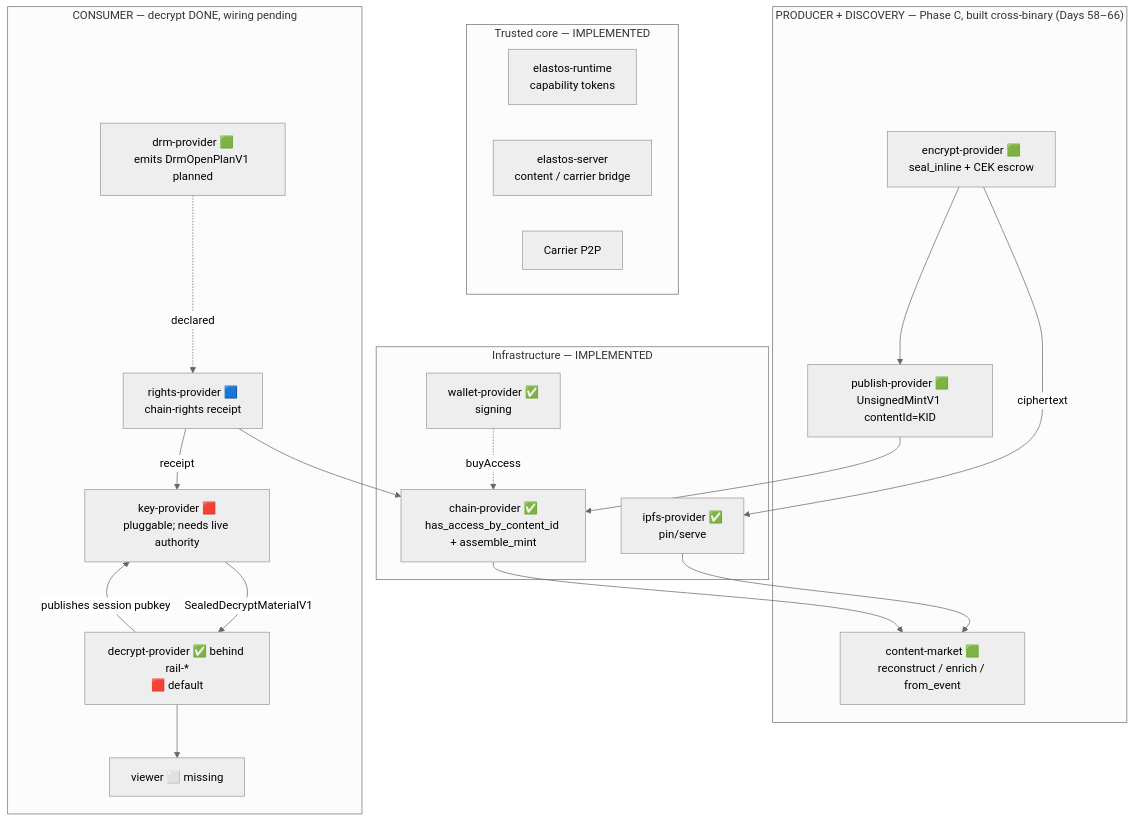
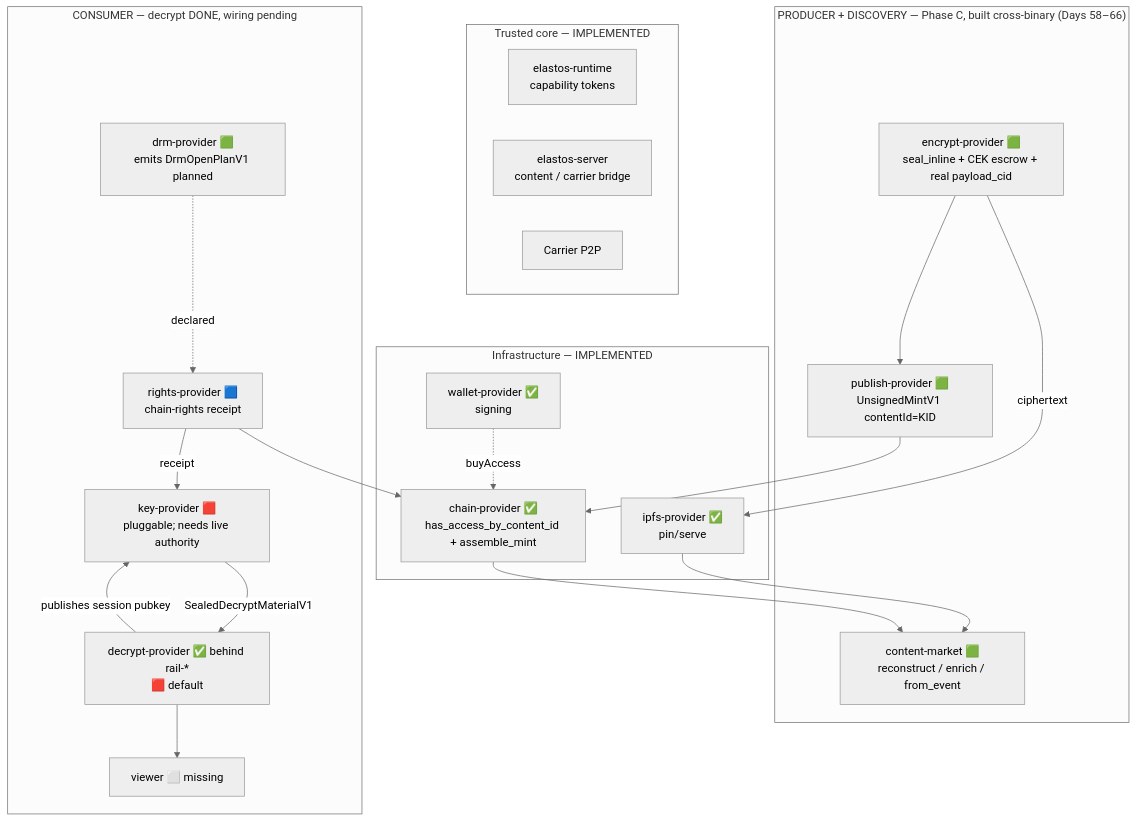
Before and after one commit to Elacity/elastos-runtime: the first of 2 diagrams in docs/convergence/SYSTEM_ARCHITECTURE_MAP.md, drawn with Mermaid (neutral theme). The commit also changed other lines of this file and 10 other files, not shown here.

First line of the commit message:
ddrm(Day68/Phase C): encrypt-provider content-addresses the ciphertext — payload_cid is real

````diff
--- a/docs/convergence/SYSTEM_ARCHITECTURE_MAP.md
+++ b/docs/convergence/SYSTEM_ARCHITECTURE_MAP.md
@@ -121,32 +121,32 @@
 ```mermaid
 flowchart TB
   subgraph core["Trusted core — IMPLEMENTED"]
     RT[elastos-runtime<br/>capability tokens]
     SRV[elastos-server<br/>content / carrier bridge]
     CAR[Carrier P2P]
   end
   subgraph infra["Infrastructure — IMPLEMENTED"]
     IPFS[ipfs-provider ✅<br/>pin/serve]
     CHN[chain-provider ✅<br/>has_access_by_content_id + assemble_mint]
     WLT[wallet-provider ✅<br/>signing]
   end
   subgraph prod["PRODUCER + DISCOVERY — Phase C, built cross-binary (Days 58–66)"]
-    ENC[encrypt-provider 🟩<br/>seal_inline + CEK escrow]
+    ENC[encrypt-provider 🟩<br/>seal_inline + CEK escrow + real payload_cid]
     PUBP[publish-provider 🟩<br/>UnsignedMintV1 contentId=KID]
     MKT[content-market 🟩<br/>reconstruct / enrich / from_event]
   end
   subgraph cons["CONSUMER — decrypt DONE, wiring pending"]
     DRM[drm-provider 🟩<br/>emits DrmOpenPlanV1 planned]
     RTS[rights-provider 🟦<br/>chain-rights receipt]
     KEY[key-provider 🟥<br/>pluggable; needs live authority]
     DEC[decrypt-provider ✅ behind rail-*<br/>🟥 default]
     VIEW[viewer ⬜ missing]
   end
   ENC --> PUBP --> CHN
   ENC -->|ciphertext| IPFS --> MKT
   CHN --> MKT
   WLT -. buyAccess .-> CHN
   DRM -. declared .-> RTS --> CHN
   RTS -->|receipt| KEY -->|SealedDecryptMaterialV1| DEC --> VIEW
   DEC -->|publishes session pubkey| KEY
 ```
````
